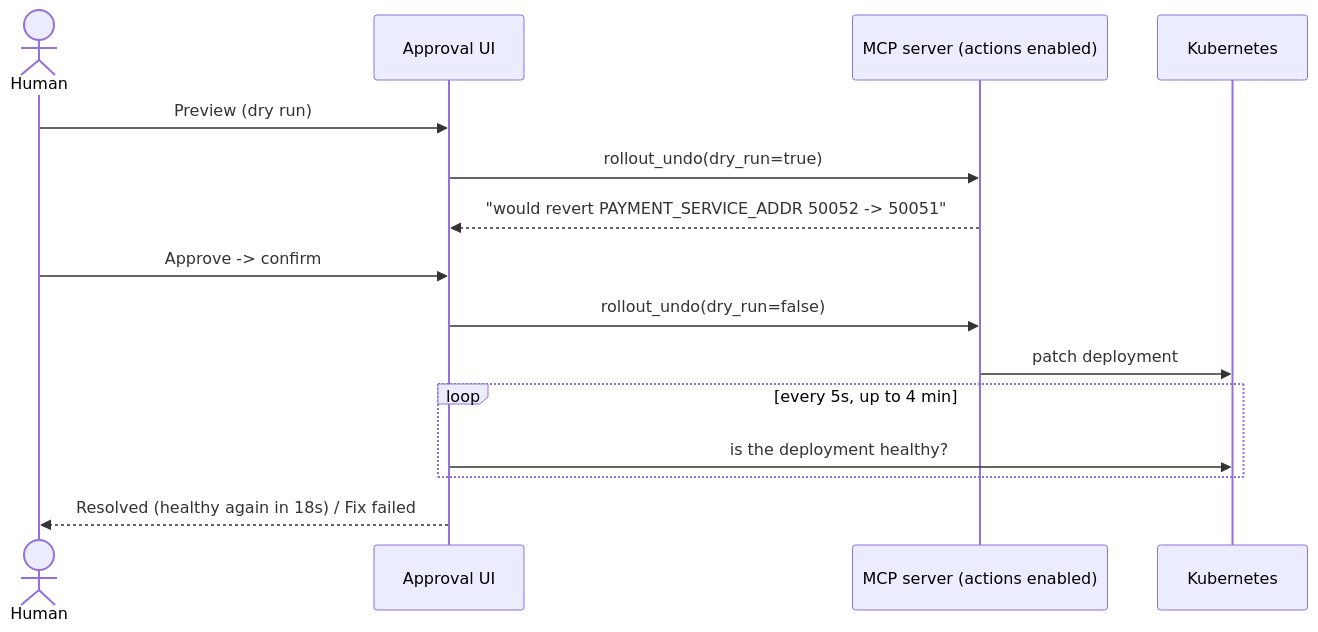
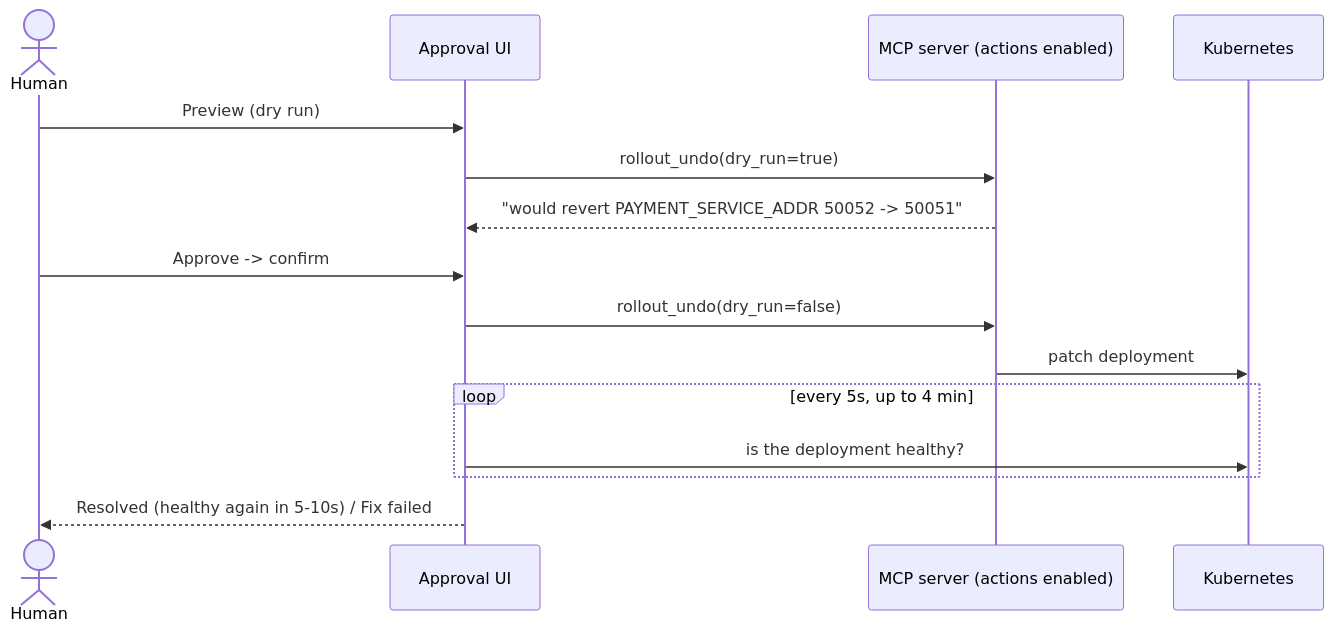
Before and after one commit to sharanya19/kube-sentinel: the diagram in ui/README.md, drawn with Mermaid. The commit also changed 3 other files, not shown here.

````diff
--- a/ui/README.md
+++ b/ui/README.md
@@ -23,17 +23,17 @@
 ```mermaid
 sequenceDiagram
     actor H as Human
     participant UI as Approval UI
     participant MCP as MCP server (actions enabled)
     participant K as Kubernetes
     H->>UI: Preview (dry run)
     UI->>MCP: rollout_undo(dry_run=true)
     MCP-->>UI: "would revert PAYMENT_SERVICE_ADDR 50052 -> 50051"
     H->>UI: Approve -> confirm
     UI->>MCP: rollout_undo(dry_run=false)
     MCP->>K: patch deployment
     loop every 5s, up to 4 min
         UI->>K: is the deployment healthy?
     end
-    UI-->>H: Resolved (healthy again in 18s) / Fix failed
+    UI-->>H: Resolved (healthy again in 5-10s) / Fix failed
 ```
````
